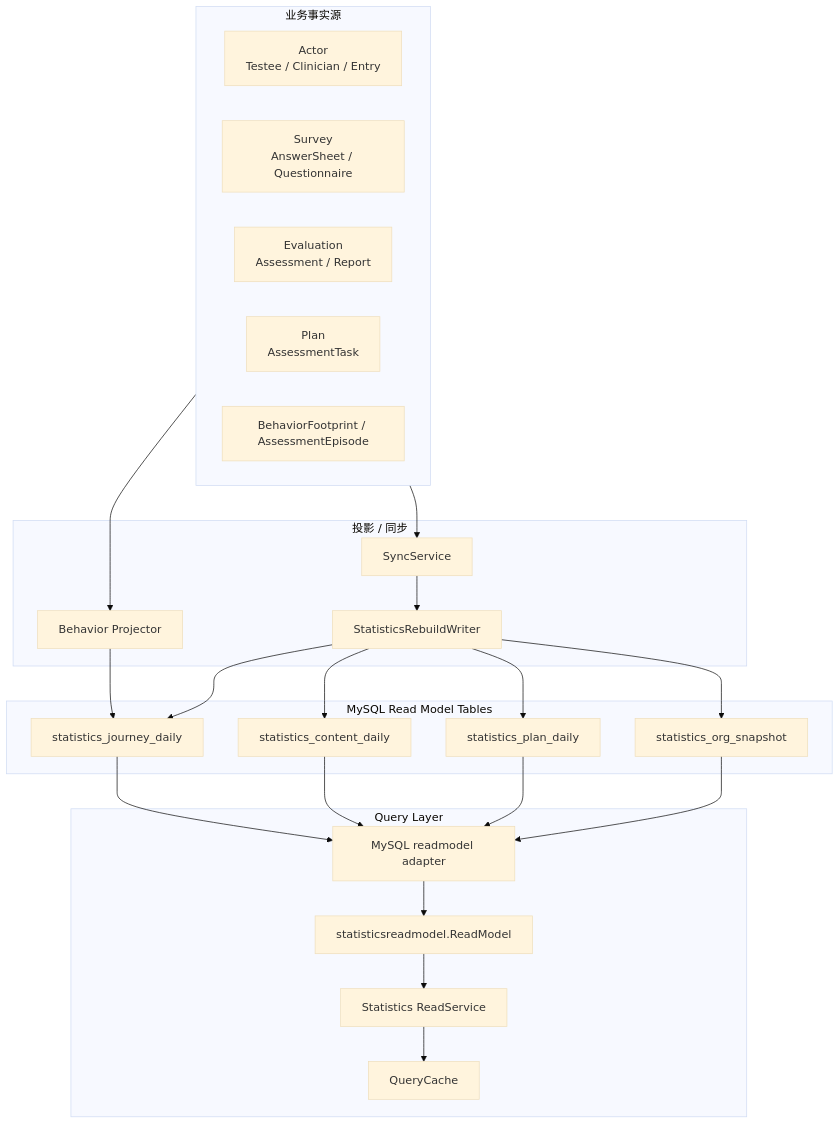
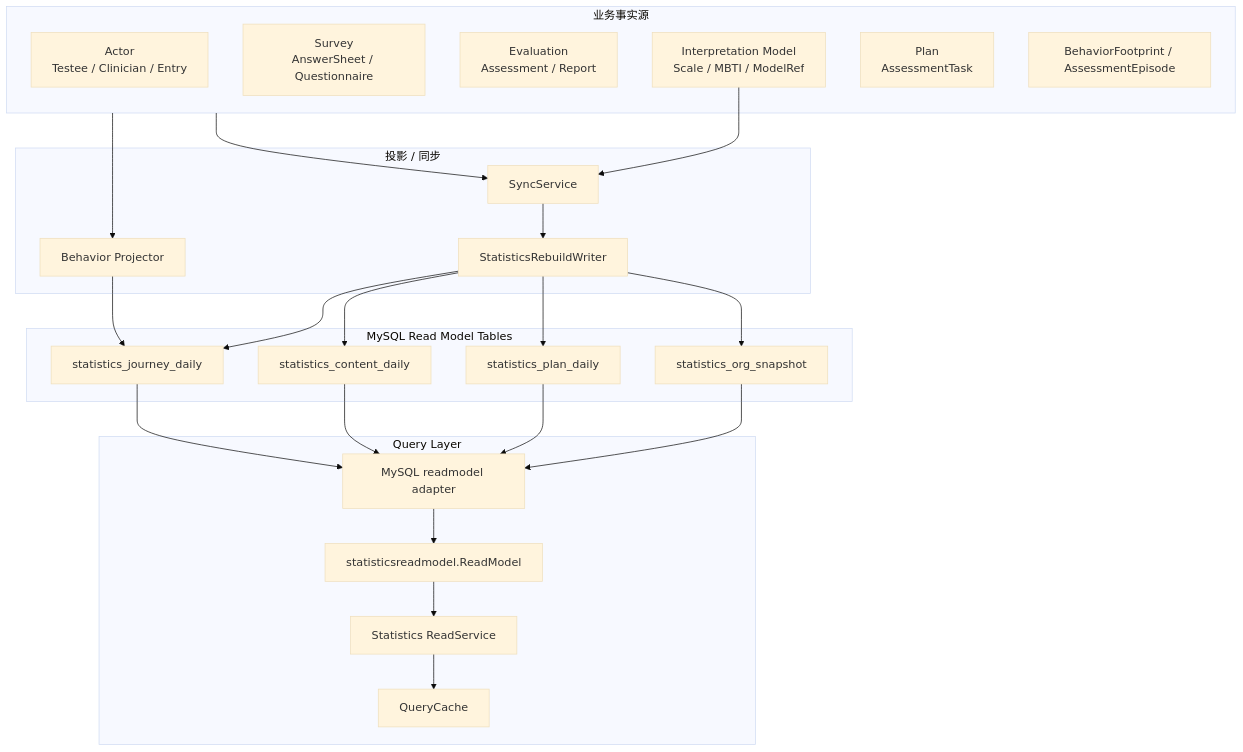
One commit to FangcunMount/qs-server changed the first of 2 diagrams in docs/03-基础设施/data-access/04-ReadModel与Statistics.md. Above: the diagram before and after it, drawn with Mermaid (base theme). The commit also changed other lines of this file and 23 other files, not shown here.

````diff
--- a/docs/03-基础设施/data-access/04-ReadModel与Statistics.md
+++ b/docs/03-基础设施/data-access/04-ReadModel与Statistics.md
@@ -61,47 +63,49 @@
 ```mermaid
 flowchart TB
     subgraph Sources["业务事实源"]
         actor["Actor<br/>Testee / Clinician / Entry"]
         survey["Survey<br/>AnswerSheet / Questionnaire"]
         evaluation["Evaluation<br/>Assessment / Report"]
+        model["Interpretation Model<br/>Scale / MBTI / ModelRef"]
         plan["Plan<br/>AssessmentTask"]
         behavior["BehaviorFootprint / AssessmentEpisode"]
     end
 
     subgraph Projection["投影 / 同步"]
         projector["Behavior Projector"]
         sync["SyncService"]
         writer["StatisticsRebuildWriter"]
     end
 
     subgraph ReadTables["MySQL Read Model Tables"]
         journey["statistics_journey_daily"]
         content["statistics_content_daily"]
         planDaily["statistics_plan_daily"]
         orgSnapshot["statistics_org_snapshot"]
     end
 
     subgraph Query["Query Layer"]
         port["statisticsreadmodel.ReadModel"]
         adapter["MySQL readmodel adapter"]
         readService["Statistics ReadService"]
         cache["QueryCache"]
     end
 
     Sources --> projector
     Sources --> sync
+    model --> sync
     projector --> journey
     sync --> writer
     writer --> journey
     writer --> content
     writer --> planDaily
     writer --> orgSnapshot
 
     journey --> adapter
     content --> adapter
     planDaily --> adapter
     orgSnapshot --> adapter
     adapter --> port
     port --> readService
     readService --> cache
 ```
````
